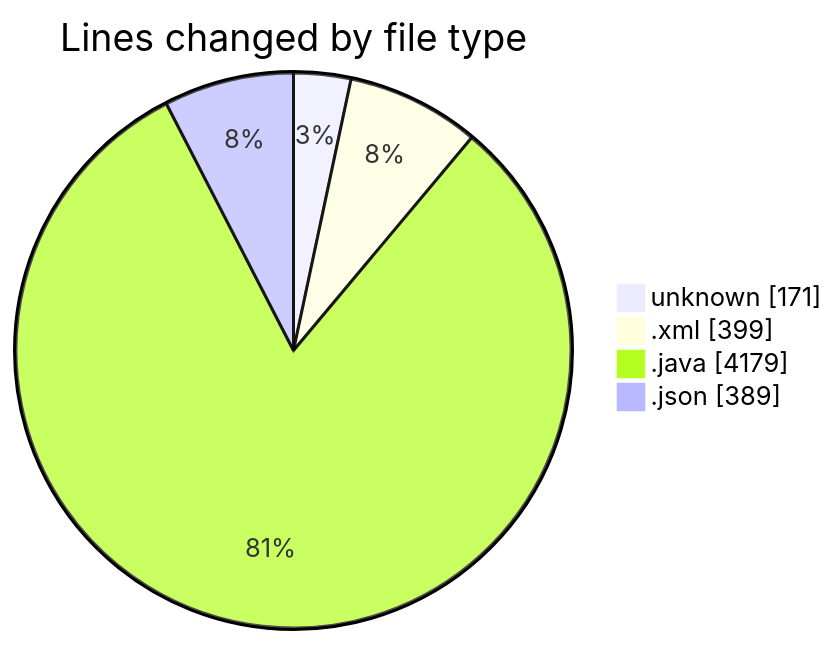
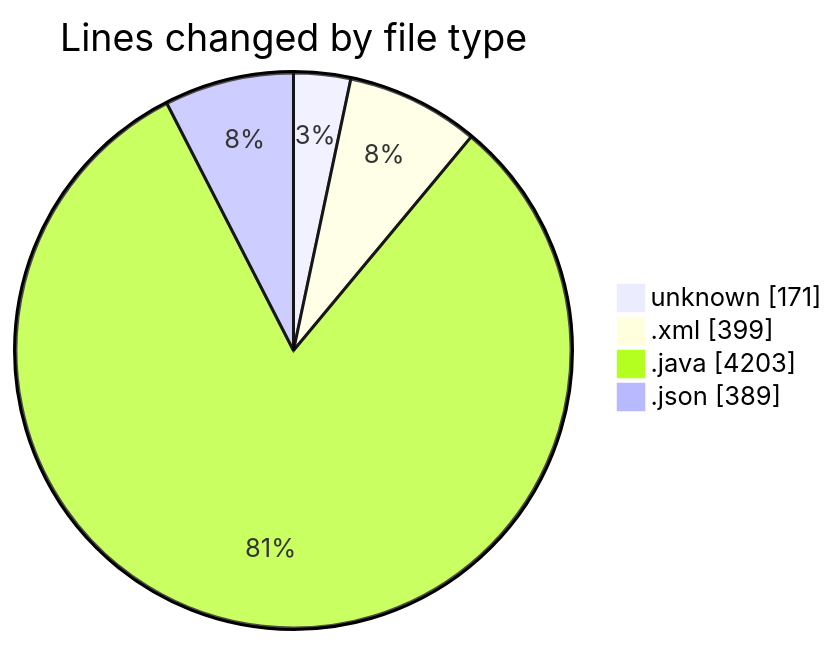
One commit to charlie-sans/code-tracking changed the first of 2 diagrams in 2025-02-24/micros/README.md. Above: the diagram before and after it, drawn with Mermaid. The commit also changed other lines of this file and 1 other file, not shown here.

````diff
--- a/2025-02-24/micros/README.md
+++ b/2025-02-24/micros/README.md
@@ -34,8 +34,8 @@
 ```mermaid
 pie showData
 title Lines changed by file type
 "unknown" : 171
 ".xml" : 399
-".java" : 4179
+".java" : 4203
 ".json" : 389
 ```
````
